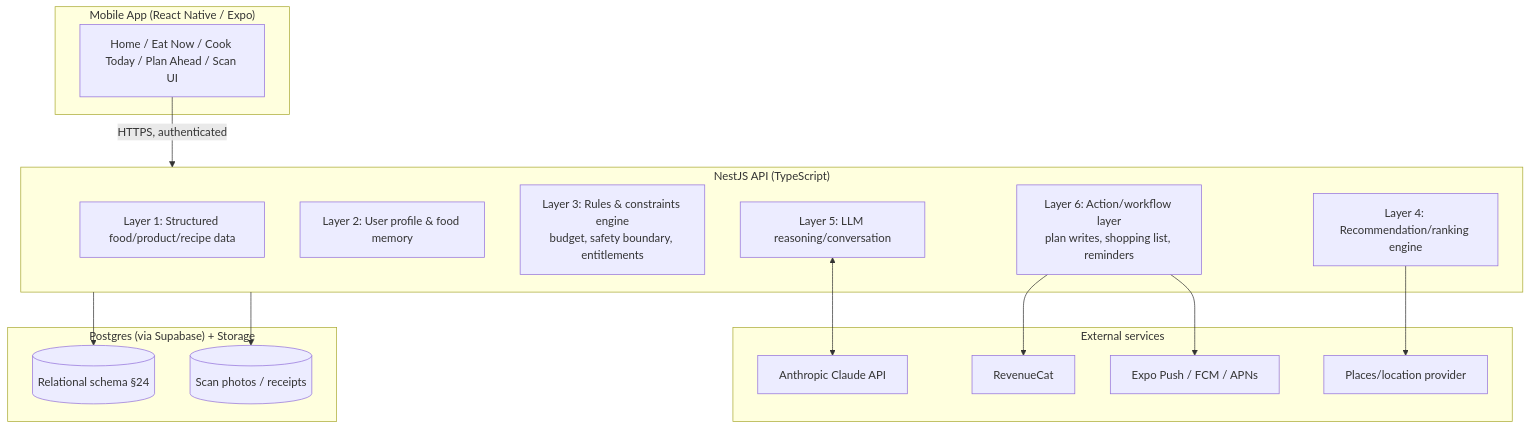
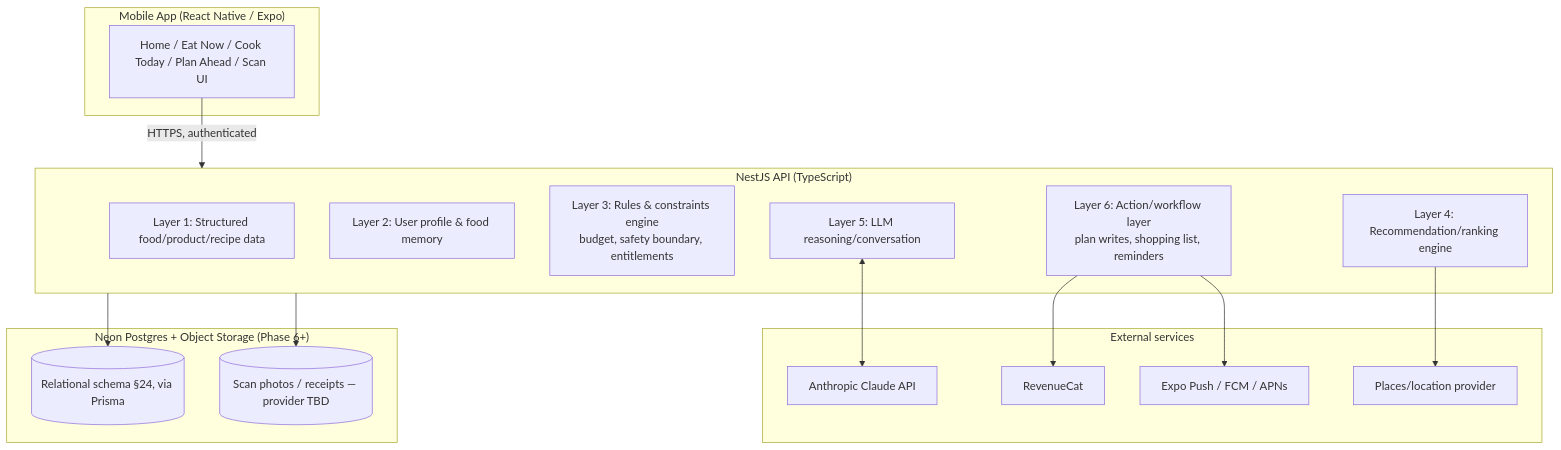
One commit to tbrockstars-ui/foodpadi changed the second of 2 diagrams in docs/TECHNICAL_ARCHITECTURE.md. Above: the diagram before and after it, drawn with Mermaid. The commit also changed other lines of this file and 64 other files, not shown here.

````diff
--- a/docs/TECHNICAL_ARCHITECTURE.md
+++ b/docs/TECHNICAL_ARCHITECTURE.md
@@ -70,35 +77,35 @@
 ```mermaid
 graph TD
     subgraph Client["Mobile App (React Native / Expo)"]
         UI[Home / Eat Now / Cook Today / Plan Ahead / Scan UI]
     end
 
     subgraph Backend["NestJS API (TypeScript)"]
         L1[Layer 1: Structured food/product/recipe data]
         L2[Layer 2: User profile & food memory]
         L3[Layer 3: Rules & constraints engine\nbudget, safety boundary, entitlements]
         L4[Layer 4: Recommendation/ranking engine]
         L5[Layer 5: LLM reasoning/conversation]
         L6[Layer 6: Action/workflow layer\nplan writes, shopping list, reminders]
     end
 
     subgraph External["External services"]
         Claude[Anthropic Claude API]
         RevCat[RevenueCat]
         Push[Expo Push / FCM / APNs]
         Maps[Places/location provider]
     end
 
-    subgraph Data["Postgres (via Supabase) + Storage"]
-        DB[(Relational schema §24)]
-        Obj[(Scan photos / receipts)]
+    subgraph Data["Neon Postgres + Object Storage (Phase 6+)"]
+        DB[(Relational schema §24, via Prisma)]
+        Obj[(Scan photos / receipts — provider TBD)]
     end
 
     UI -->|HTTPS, authenticated| Backend
     L5 <--> Claude
     L6 --> Push
     L6 --> RevCat
     L4 --> Maps
     Backend --> DB
     Backend --> Obj
 ```
````
